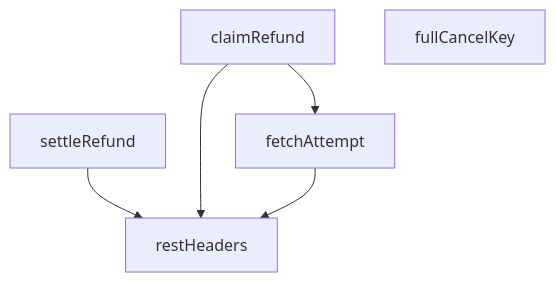
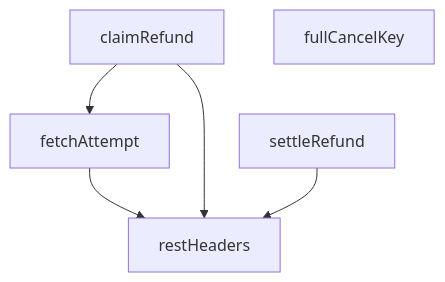
Before and after one commit to peckop/venthub-hvac-esite: the diagram in supabase/functions/_shared/refund_guard.md, drawn with Mermaid. The commit also changed other lines of this file and 134 other files, not shown here.

````diff
--- a/supabase/functions/_shared/refund_guard.md
+++ b/supabase/functions/_shared/refund_guard.md
@@ -171,12 +171,12 @@
 ```mermaid
 graph TD
     refund_guard_ts__claimRefund["claimRefund"]
     refund_guard_ts__fetchAttempt["fetchAttempt"]
     refund_guard_ts__fullCancelKey["fullCancelKey"]
     refund_guard_ts__restHeaders["restHeaders"]
     refund_guard_ts__settleRefund["settleRefund"]
+    refund_guard_ts__fetchAttempt --> refund_guard_ts__restHeaders
+    refund_guard_ts__claimRefund --> refund_guard_ts__restHeaders
     refund_guard_ts__claimRefund --> refund_guard_ts__fetchAttempt
     refund_guard_ts__settleRefund --> refund_guard_ts__restHeaders
-    refund_guard_ts__claimRefund --> refund_guard_ts__restHeaders
-    refund_guard_ts__fetchAttempt --> refund_guard_ts__restHeaders
 ```
````
